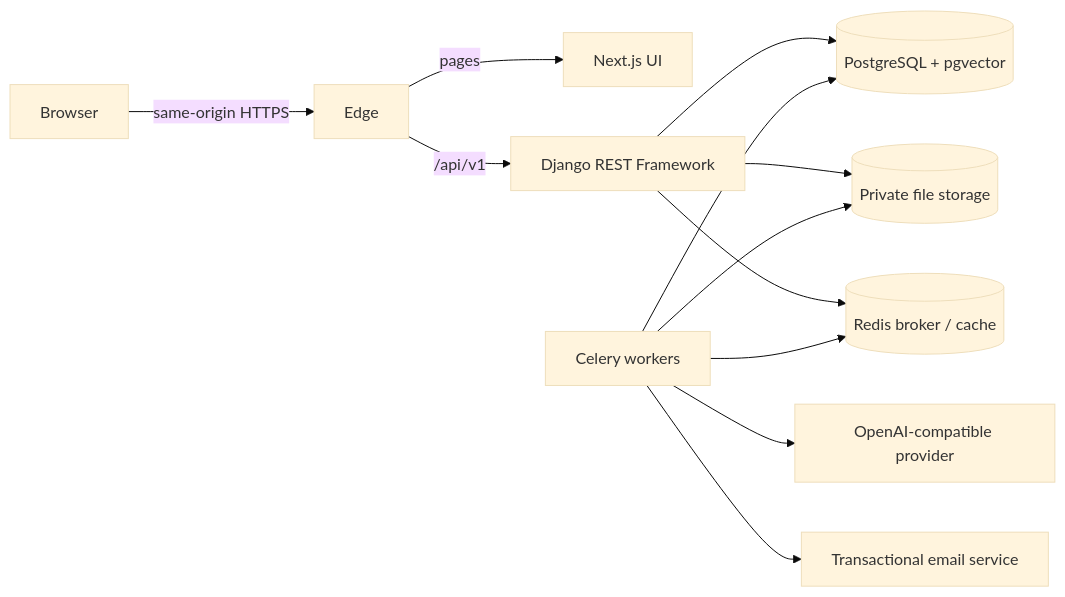
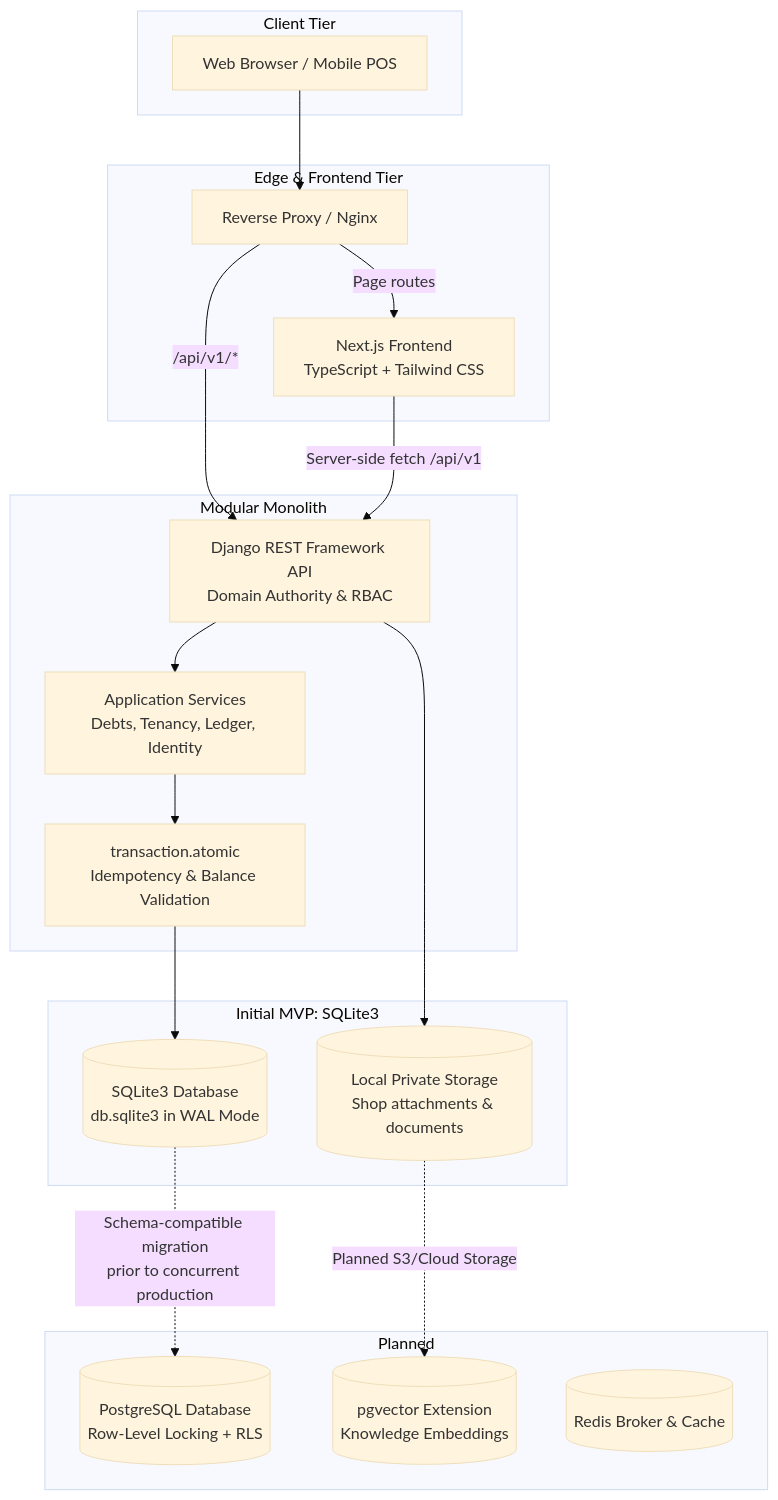
The first of 2 diagrams in docs/architecture.md (Xusanbek0039/idrokai), drawn with Mermaid (base theme) before and after one commit. The commit also changed other lines of this file and 3 other files, not shown here.

````diff
--- a/docs/architecture.md
+++ b/docs/architecture.md
@@ -11,14 +21,40 @@
 ```mermaid
-flowchart LR
-  Browser -->|same-origin HTTPS| Edge
-  Edge -->|pages| Next[Next.js UI]
-  Edge -->|/api/v1| API[Django REST Framework]
-  API --> PG[(PostgreSQL + pgvector)]
-  API --> Files[(Private file storage)]
-  API --> Redis[(Redis broker / cache)]
-  Worker[Celery workers] --> Redis
-  Worker --> PG
-  Worker --> Files
-  Worker --> Provider[OpenAI-compatible provider]
-  Worker --> Mail[Transactional email service]
+flowchart TD
+  subgraph Client Tier
+    Browser[Web Browser / Mobile POS]
+  end
+
+  subgraph Edge & Frontend Tier
+    Proxy[Reverse Proxy / Nginx]
+    Next[Next.js Frontend\nTypeScript + Tailwind CSS]
+  end
+
+  subgraph Backend Tier [Modular Monolith]
+    DRF[Django REST Framework API\nDomain Authority & RBAC]
+    Services[Application Services\nDebts, Tenancy, Ledger, Identity]
+    Atomic[transaction.atomic\nIdempotency & Balance Validation]
+  end
+
+  subgraph Storage Tier [Initial MVP: SQLite3]
+    SQLite[(SQLite3 Database\ndb.sqlite3 in WAL Mode)]
+    LocalFiles[(Local Private Storage\nShop attachments & documents)]
+  end
+
+  subgraph Production Migration Path [Planned]
+    PG[(PostgreSQL Database\nRow-Level Locking + RLS)]
+    PGVector[(pgvector Extension\nKnowledge Embeddings)]
+    Redis[(Redis Broker & Cache)]
+  end
+
+  Browser --> Proxy
+  Proxy -->|Page routes| Next
+  Proxy -->|/api/v1/*| DRF
+  Next -->|Server-side fetch /api/v1| DRF
+  DRF --> Services
+  Services --> Atomic
+  Atomic --> SQLite
+  DRF --> LocalFiles
+
+  SQLite -.->|Schema-compatible migration\nprior to concurrent production| PG
+  LocalFiles -.->|Planned S3/Cloud Storage| PGVector
 ```
````
